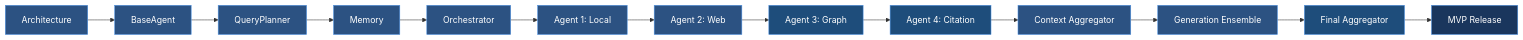
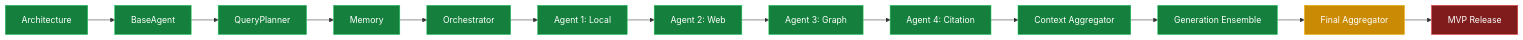
One commit to hkevin01/eeg-rag changed the fourth of 25 diagrams in README.md. Above: the diagram before and after it, drawn with Mermaid. The commit also changed other lines of this file and 25 other files, not shown here.

````diff
--- a/README.md
+++ b/README.md
@@ -241,29 +250,29 @@
 ```mermaid
 graph LR
     A[Architecture] --> B[BaseAgent]
     B --> C[QueryPlanner]
     C --> D[Memory]
     D --> E[Orchestrator]
     E --> F[Agent 1: Local]
     F --> G[Agent 2: Web]
     G --> H[Agent 3: Graph]
     H --> I[Agent 4: Citation]
     I --> J[Context Aggregator]
     J --> K[Generation Ensemble]
     K --> L[Final Aggregator]
     L --> M[MVP Release]
 
-    style A fill:#2c5282,stroke:#4a90e2,color:#fff
-    style B fill:#2c5282,stroke:#4a90e2,color:#fff
-    style C fill:#2c5282,stroke:#4a90e2,color:#fff
-    style D fill:#2c5282,stroke:#4a90e2,color:#fff
-    style E fill:#2c5282,stroke:#4a90e2,color:#fff
-    style F fill:#2c5282,stroke:#4a90e2,color:#fff
-    style G fill:#2c5282,stroke:#4a90e2,color:#fff
-    style H fill:#1e4d7b,stroke:#4a90e2,color:#fff
-    style I fill:#1e4d7b,stroke:#4a90e2,color:#fff
-    style J fill:#2c5282,stroke:#4a90e2,color:#fff
-    style K fill:#2c5282,stroke:#4a90e2,color:#fff
-    style L fill:#1e4d7b,stroke:#4a90e2,color:#fff
-    style M fill:#1a365d,stroke:#4a90e2,color:#fff
+    style A fill:#15803d,stroke:#22c55e,color:#fff
+    style B fill:#15803d,stroke:#22c55e,color:#fff
+    style C fill:#15803d,stroke:#22c55e,color:#fff
+    style D fill:#15803d,stroke:#22c55e,color:#fff
+    style E fill:#15803d,stroke:#22c55e,color:#fff
+    style F fill:#15803d,stroke:#22c55e,color:#fff
+    style G fill:#15803d,stroke:#22c55e,color:#fff
+    style H fill:#15803d,stroke:#22c55e,color:#fff
+    style I fill:#15803d,stroke:#22c55e,color:#fff
+    style J fill:#15803d,stroke:#22c55e,color:#fff
+    style K fill:#15803d,stroke:#22c55e,color:#fff
+    style L fill:#ca8a04,stroke:#eab308,color:#fff
+    style M fill:#7f1d1d,stroke:#ef4444,color:#fff
 ```
````
